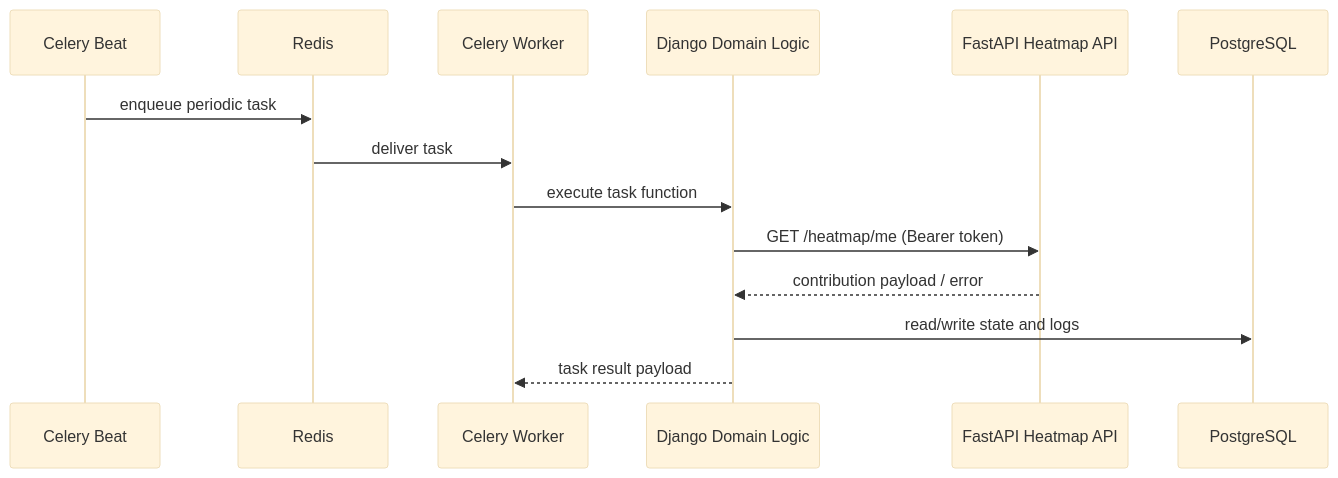
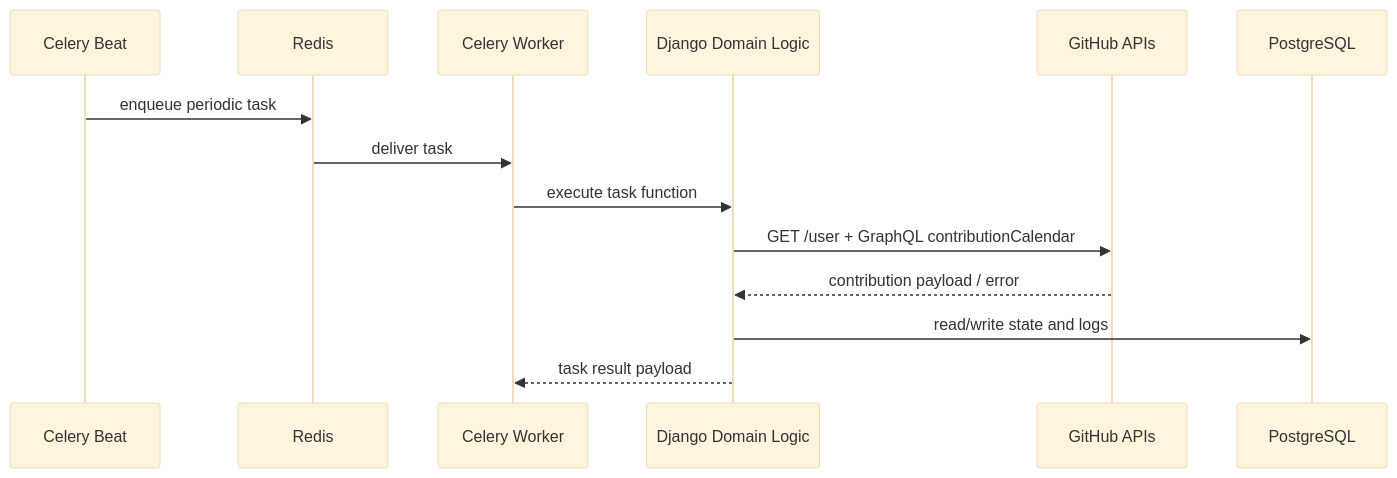
One commit to stokuj/my-django-portfolio changed the fourth of 4 diagrams in docs/architecture.md. Above: the diagram before and after it, drawn with Mermaid (base theme). The commit also changed other lines of this file and 20 other files, not shown here.

Commit message:
refactor: migrate github heatmap into django

````diff
--- a/docs/architecture.md
+++ b/docs/architecture.md
@@ -160,17 +160,17 @@
 ```mermaid
 sequenceDiagram
     participant Beat as Celery Beat
     participant Redis as Redis
     participant Worker as Celery Worker
     participant Django as Django Domain Logic
-    participant FastAPI as FastAPI Heatmap API
+    participant GitHub as GitHub APIs
     participant DB as PostgreSQL
 
     Beat->>Redis: enqueue periodic task
     Redis->>Worker: deliver task
     Worker->>Django: execute task function
-    Django->>FastAPI: GET /heatmap/me (Bearer token)
-    FastAPI-->>Django: contribution payload / error
+    Django->>GitHub: GET /user + GraphQL contributionCalendar
+    GitHub-->>Django: contribution payload / error
     Django->>DB: read/write state and logs
     Django-->>Worker: task result payload
 ```
````
